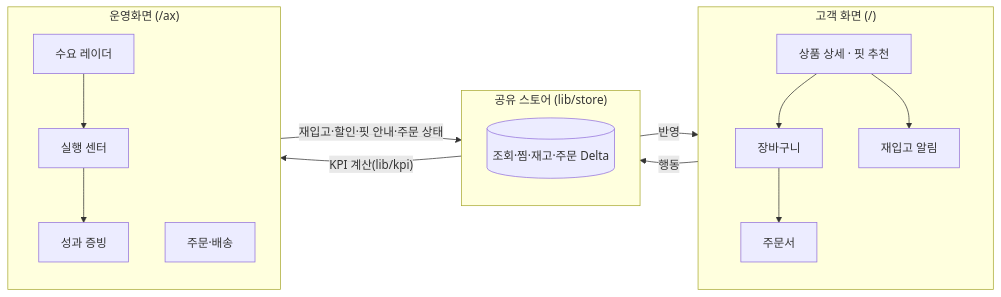
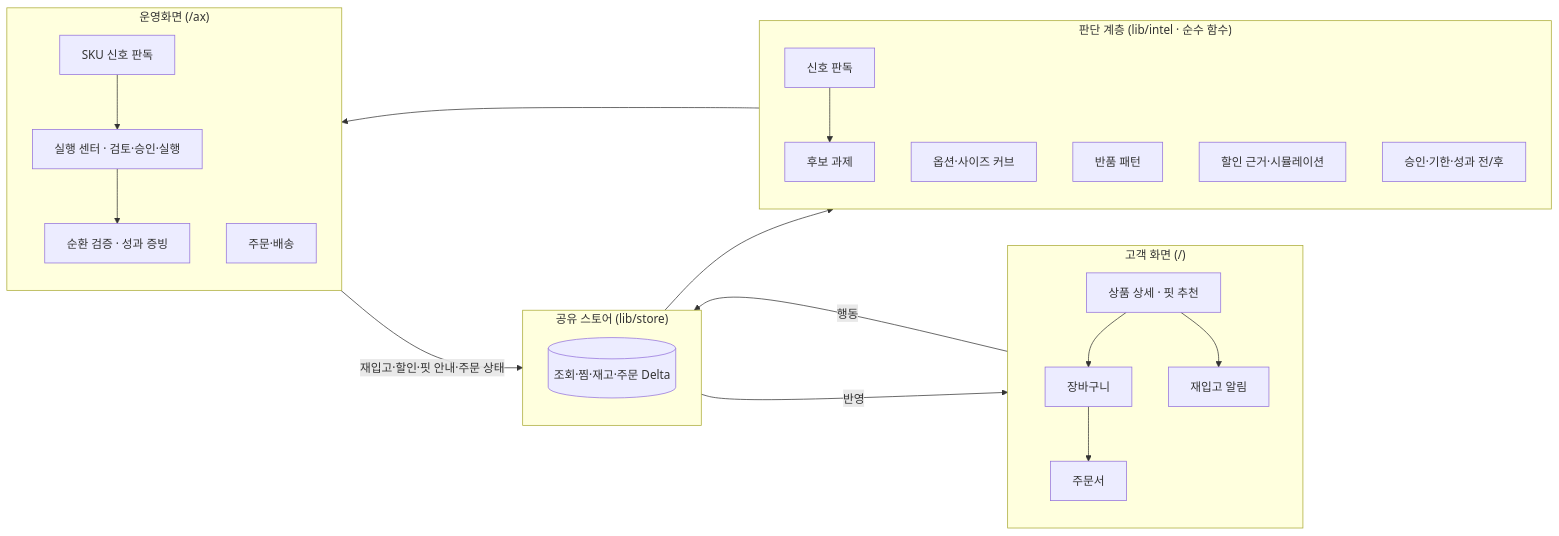
Before and after one commit to sanghohoho0813-lab/sample21: the diagram in README.md, drawn with Mermaid. The commit also changed other lines of this file and 11 other files, not shown here.

````diff
--- a/README.md
+++ b/README.md
@@ -29,16 +30,23 @@
 ```mermaid
 flowchart LR
   subgraph Customer["고객 화면 (/)"]
     PDP[상품 상세 · 핏 추천] --> Cart[장바구니] --> Checkout[주문서]
     PDP --> Restock[재입고 알림]
   end
   subgraph Store["공유 스토어 (lib/store)"]
     Delta[(조회·찜·재고·주문 Delta)]
   end
+  subgraph Intel["판단 계층 (lib/intel · 순수 함수)"]
+    Sig[신호 판독] --> Cand[후보 과제]
+    Opt[옵션·사이즈 커브]
+    Ret[반품 패턴]
+    Md[할인 근거·시뮬레이션]
+    Pol[승인·기한·성과 전/후]
+  end
   subgraph AX["운영화면 (/ax)"]
-    Radar[수요 레이더] --> Actions[실행 센터] --> Evidence[성과 증빙]
+    Board[SKU 신호 판독] --> Actions[실행 센터 · 검토·승인·실행] --> Evidence[순환 검증 · 성과 증빙]
     Orders[주문·배송]
   end
-  Customer -- 행동 --> Store -- KPI 계산(lib/kpi) --> AX
+  Customer -- 행동 --> Store --> Intel --> AX
   AX -- 재입고·할인·핏 안내·주문 상태 --> Store -- 반영 --> Customer
 ```
````
